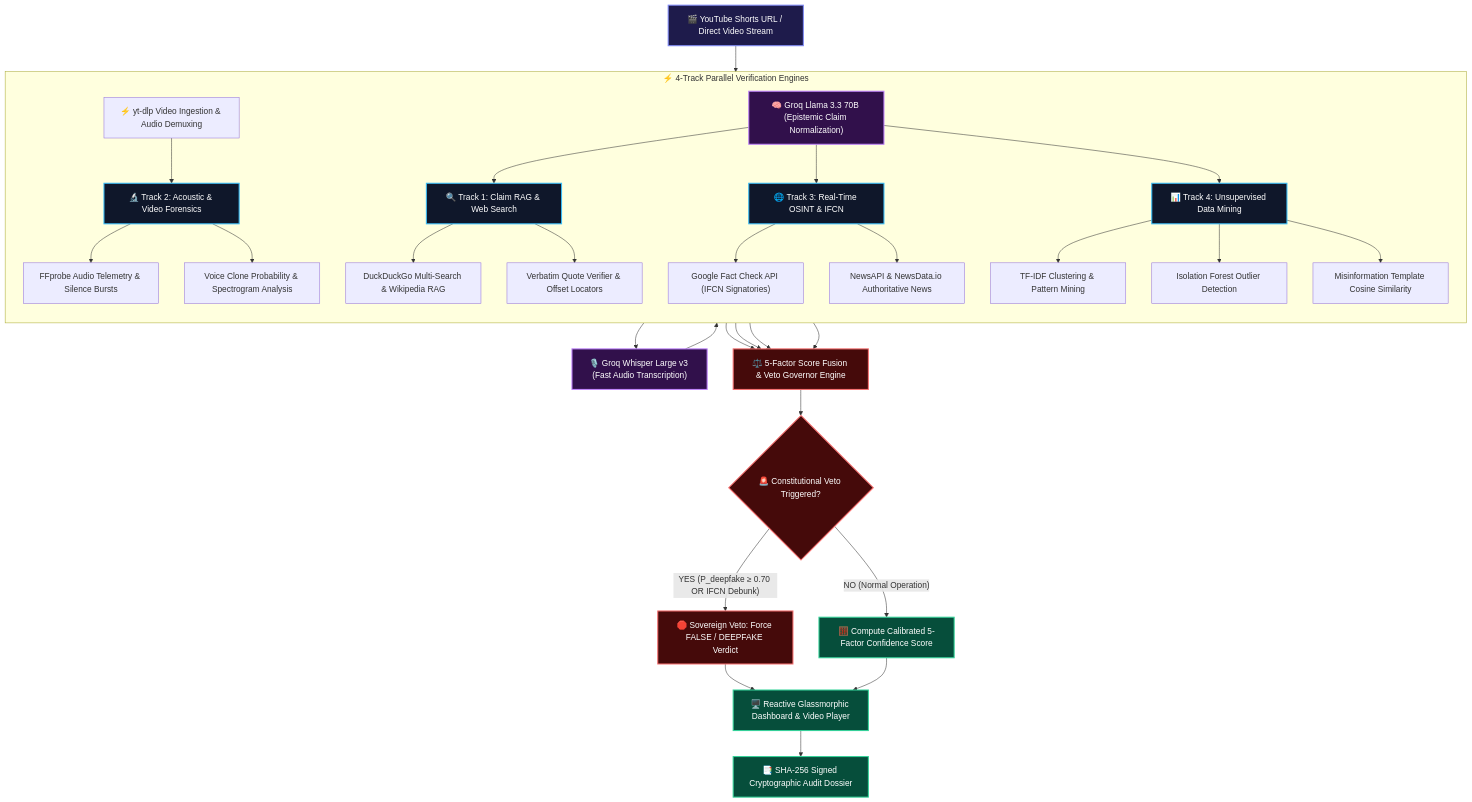
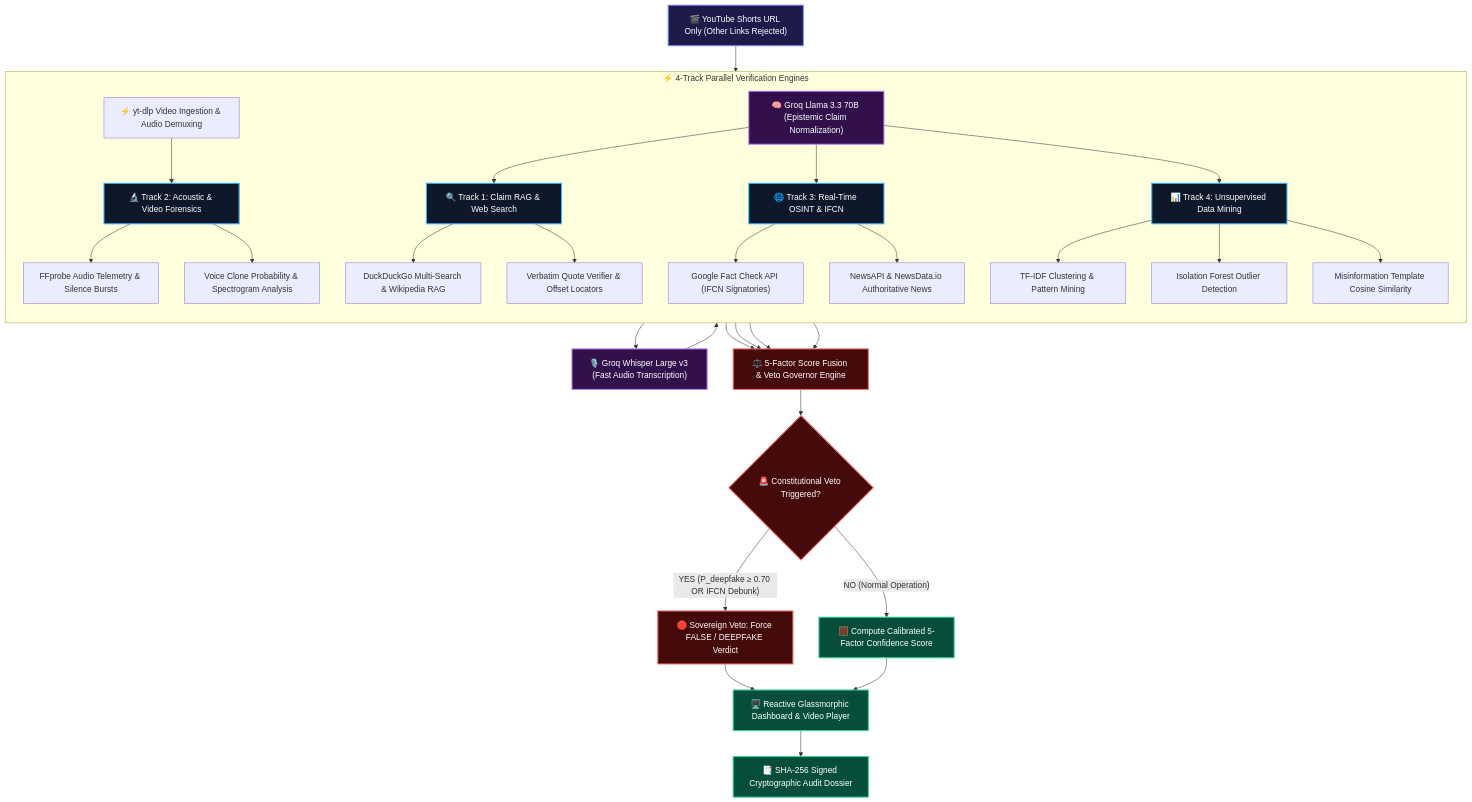
Before and after one commit to parthdahiphale6363-ui/Multimodal-Video-Forensics-Fact-Checking-Engine: the diagram in README.md, drawn with Mermaid. The commit also changed other lines of this file, not shown here.

Commit message:
docs: clarify that only YouTube Shorts URLs are supported and other links are rejected

````diff
--- a/README.md
+++ b/README.md
@@ -100,45 +106,45 @@
 ```mermaid
 flowchart TD
     classDef input fill:#1e1b4b,stroke:#818cf8,stroke-width:2px,color:#fff;
     classDef ai fill:#31104b,stroke:#c084fc,stroke-width:2px,color:#fff;
     classDef parallel fill:#0f172a,stroke:#38bdf8,stroke-width:2px,color:#fff;
     classDef veto fill:#450a0a,stroke:#f87171,stroke-width:2px,color:#fff;
     classDef output fill:#064e3b,stroke:#34d399,stroke-width:2px,color:#fff;
 
-    A["🎬 YouTube Shorts URL / Direct Video Stream"]:::input --> B["⚡ yt-dlp Video Ingestion & Audio Demuxing"]
+    A["🎬 YouTube Shorts URL Only (Other Links Rejected)"]:::input --> B["⚡ yt-dlp Video Ingestion & Audio Demuxing"]
     B --> C["🎙️ Groq Whisper Large v3 (Fast Audio Transcription)"]:::ai
     C --> D["🧠 Groq Llama 3.3 70B (Epistemic Claim Normalization)"]:::ai
 
     subgraph Parallel_Verification ["⚡ 4-Track Parallel Verification Engines"]
         direction TB
         D --> E["🔍 Track 1: Claim RAG & Web Search"]:::parallel
         E --> E1["DuckDuckGo Multi-Search & Wikipedia RAG"]
         E --> E2["Verbatim Quote Verifier & Offset Locators"]
 
         B --> F["🔬 Track 2: Acoustic & Video Forensics"]:::parallel
         F --> F1["FFprobe Audio Telemetry & Silence Bursts"]
         F --> F2["Voice Clone Probability & Spectrogram Analysis"]
 
         D --> G["🌐 Track 3: Real-Time OSINT & IFCN"]:::parallel
         G --> G1["Google Fact Check API (IFCN Signatories)"]
         G --> G2["NewsAPI & NewsData.io Authoritative News"]
 
         D --> H["📊 Track 4: Unsupervised Data Mining"]:::parallel
         H --> H1["TF-IDF Clustering & Pattern Mining"]
         H --> H2["Isolation Forest Outlier Detection"]
         H --> H3["Misinformation Template Cosine Similarity"]
     end
 
     E --> I["⚖️ 5-Factor Score Fusion & Veto Governor Engine"]:::veto
     F --> I
     G --> I
     H --> I
 
     I --> J{"🚨 Constitutional Veto Triggered?"}:::veto
     J -- "YES (P_deepfake ≥ 0.70 OR IFCN Debunk)" --> K["🛑 Sovereign Veto: Force FALSE / DEEPFAKE Verdict"]:::veto
     J -- "NO (Normal Operation)" --> L["🧮 Compute Calibrated 5-Factor Confidence Score"]:::output
 
     K --> M["🖥️ Reactive Glassmorphic Dashboard & Video Player"]:::output
     L --> M
     M --> N["📑 SHA-256 Signed Cryptographic Audit Dossier"]:::output
 ```
````
